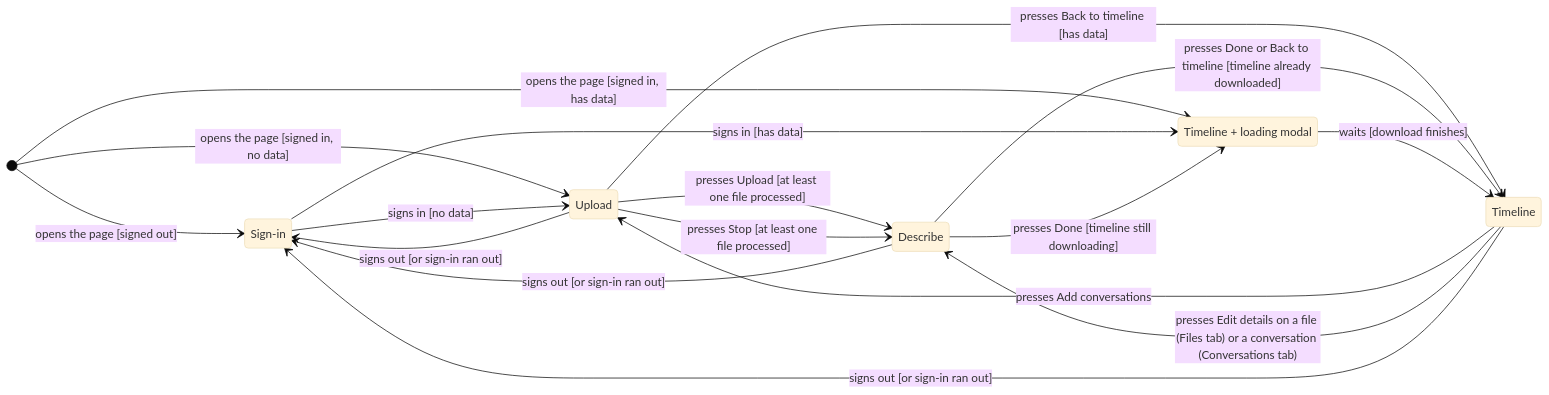
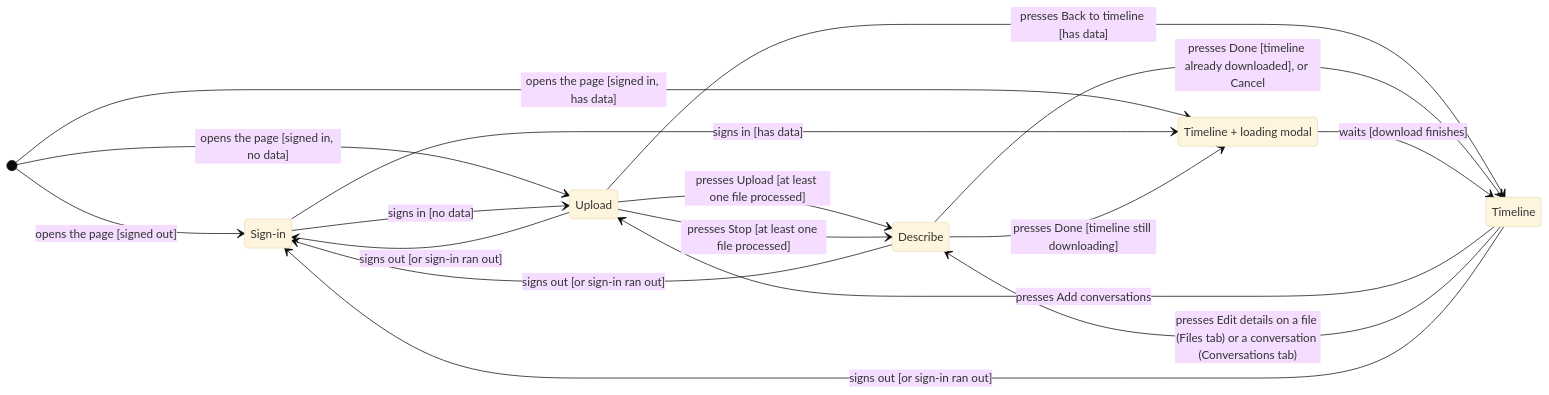
Before and after one commit to Telotrope/conversation-timeline: the diagram in docs/plans/2026-10-05-screen-flow.md, drawn with Mermaid (base theme). The commit also changed other lines of this file, not shown here.

First line of the commit message:
Plan: new messages by timeframe, Cancel on Describe, answers to Q3-Q19

````diff
--- a/docs/plans/2026-10-05-screen-flow.md
+++ b/docs/plans/2026-10-05-screen-flow.md
@@ -66,32 +66,32 @@
 ```mermaid
 stateDiagram-v2
     direction LR
     SignIn: Sign-in
     Upload: Upload
     Describe: Describe
     Loading: Timeline + loading modal
     Timeline: Timeline
 
     [*] --> SignIn: opens the page [signed out]
     [*] --> Upload: opens the page [signed in, no data]
     [*] --> Loading: opens the page [signed in, has data]
 
     SignIn --> Upload: signs in [no data]
     SignIn --> Loading: signs in [has data]
 
     Upload --> Describe: presses Upload [at least one file processed]
     Upload --> Describe: presses Stop [at least one file processed]
     Upload --> Timeline: presses Back to timeline [has data]
 
     Describe --> Loading: presses Done [timeline still downloading]
-    Describe --> Timeline: presses Done or Back to timeline [timeline already downloaded]
+    Describe --> Timeline: presses Done [timeline already downloaded], or Cancel
 
     Loading --> Timeline: waits [download finishes]
 
     Timeline --> Upload: presses Add conversations
     Timeline --> Describe: presses Edit details on a file (Files tab) or a conversation (Conversations tab)
 
     Upload --> SignIn: signs out [or sign-in ran out]
     Describe --> SignIn: signs out [or sign-in ran out]
     Timeline --> SignIn: signs out [or sign-in ran out]
 ```
````
